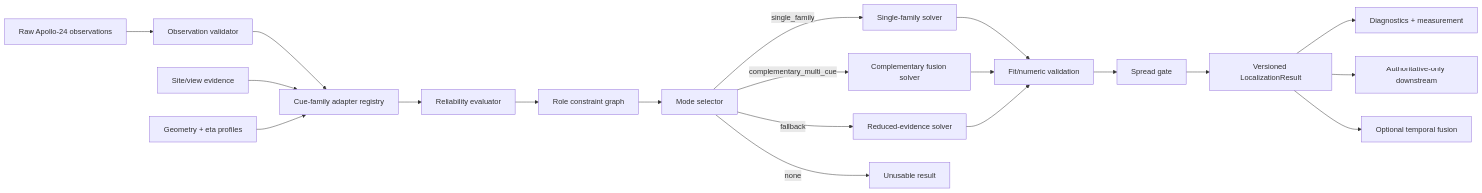
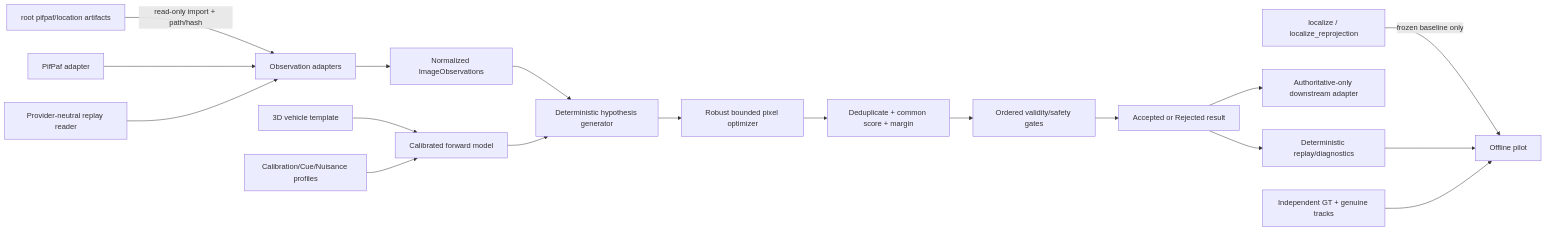
Before and after one commit to weihong931021/car_crush_simulation: the diagram in .kiro/specs/haware-localization-accuracy/design.md, drawn with Mermaid. The commit also changed other lines of this file and 75 other files, not shown here.

````diff
--- a/.kiro/specs/haware-localization-accuracy/design.md
+++ b/.kiro/specs/haware-localization-accuracy/design.md
@@ -27,22 +38,20 @@
 ```mermaid
 flowchart LR
-  A[Raw Apollo-24 observations] --> B[Observation validator]
-  B --> C[Cue-family adapter registry]
-  S[Site/view evidence] --> C
-  G[Geometry + eta profiles] --> C
-  C --> D[Reliability evaluator]
-  D --> E[Role constraint graph]
-  E --> F[Mode selector]
-  F -->|single_family| H[Single-family solver]
-  F -->|complementary_multi_cue| I[Complementary fusion solver]
-  F -->|fallback| J[Reduced-evidence solver]
-  F -->|none| K[Unusable result]
-  H --> L[Fit/numeric validation]
-  I --> L
-  J --> L
-  L --> M[Spread gate]
-  M --> N[Versioned LocalizationResult]
-  N --> O[Diagnostics + measurement]
-  N --> P[Authoritative-only downstream]
-  N --> Q[Optional temporal fusion]
+  L[root pifpaf/location artifacts] -->|read-only import + path/hash| A[Observation adapters]
+  P[PifPaf adapter] --> A
+  R[Provider-neutral replay reader] --> A
+  A --> N[Normalized ImageObservations]
+  T[3D vehicle template] --> F[Calibrated forward model]
+  C[Calibration/Cue/Nuisance profiles] --> F
+  N --> H[Deterministic hypothesis generator]
+  F --> H
+  H --> O[Robust bounded pixel optimizer]
+  O --> D[Deduplicate + common score + margin]
+  D --> G[Ordered validity/safety gates]
+  G --> X[Accepted or Rejected result]
+  X --> W[Deterministic replay/diagnostics]
+  X --> S[Authoritative-only downstream adapter]
+  B[localize / localize_reprojection] -->|frozen baseline only| E[Offline pilot]
+  W --> E
+  GT[Independent GT + genuine tracks] --> E
 ```
````
